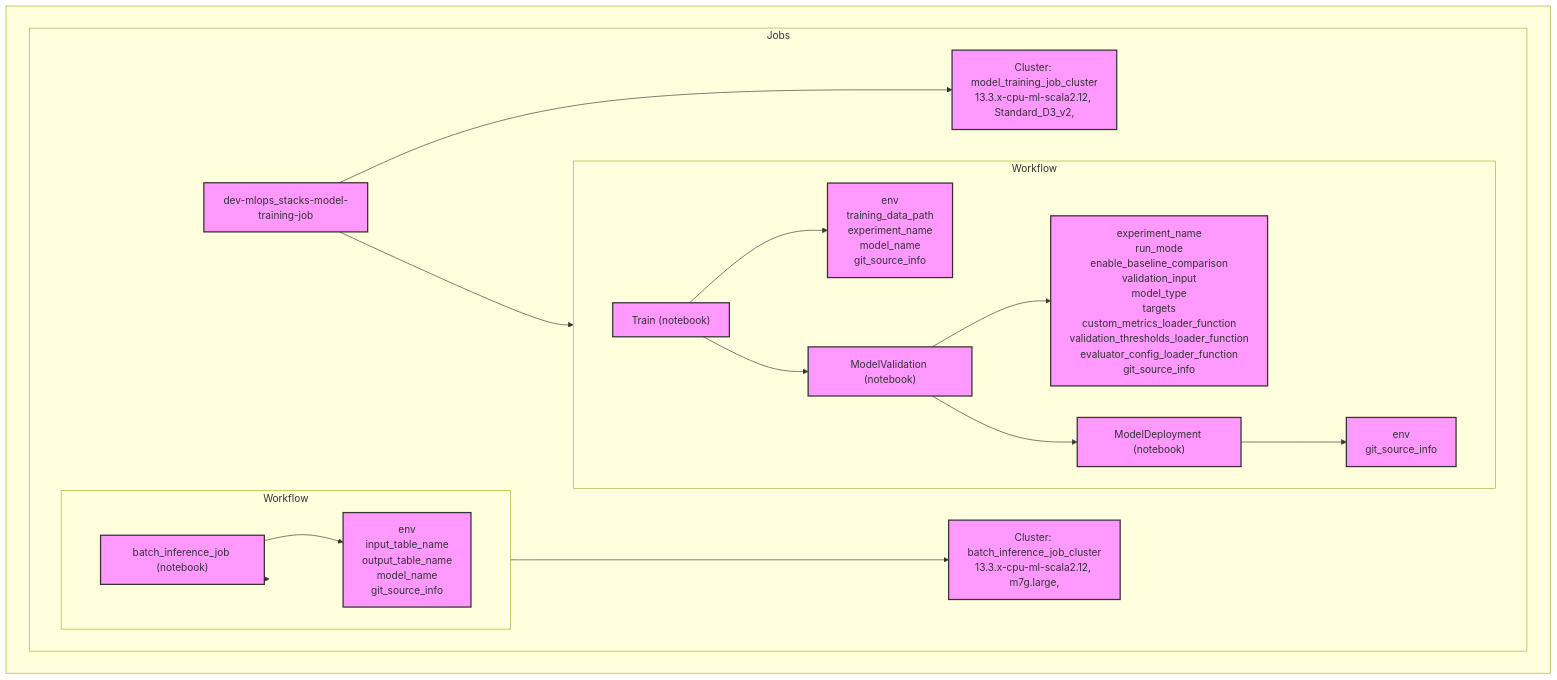
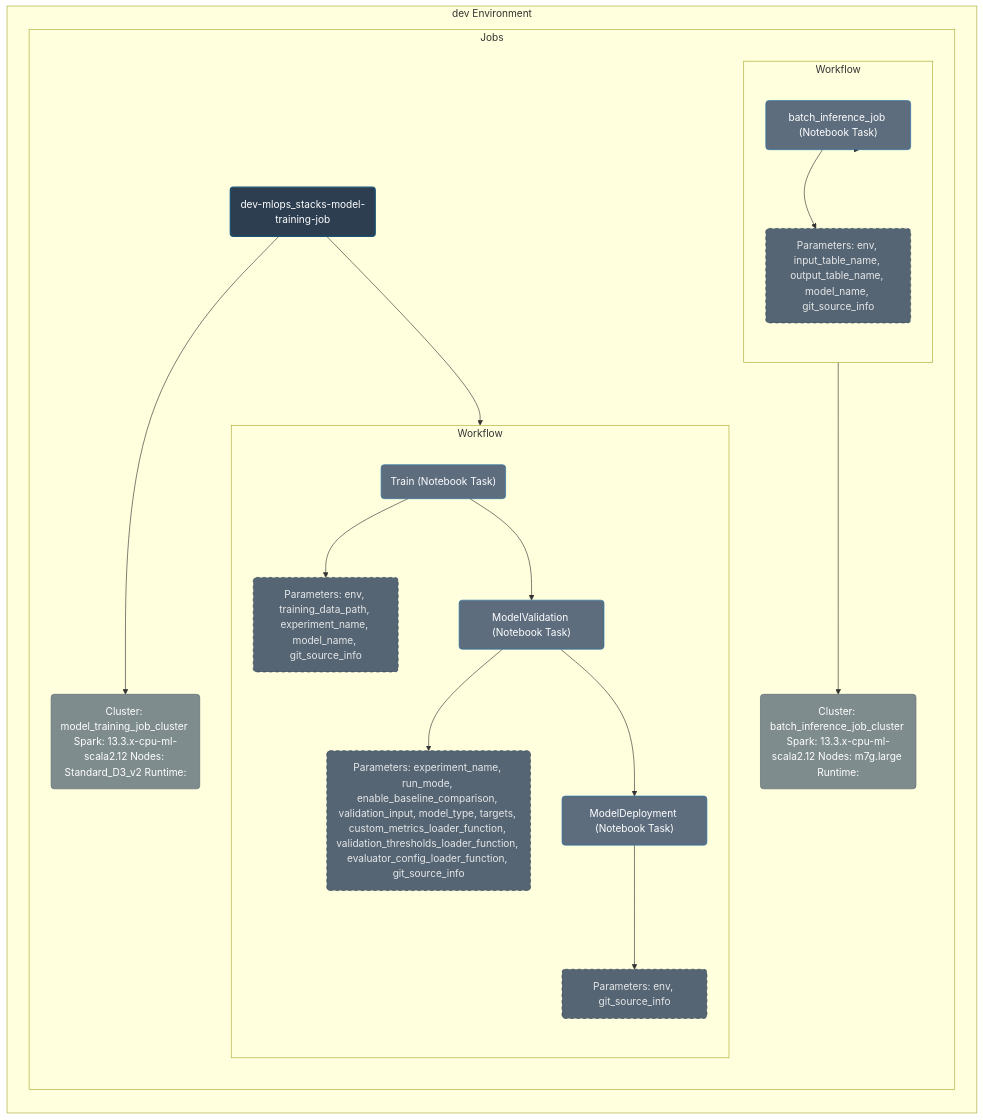
One commit to ngs90/convergeai-dabs-visualizer changed the diagram in README.md. Above: the diagram before and after it, drawn with Mermaid. The commit also changed 6 other files, not shown here.

Commit message:
Update Mermaid graph

````diff
--- a/README.md
+++ b/README.md
@@ -26,44 +26,49 @@
 ```mermaid 
 ---
 title mlops_stacks (dev mode development)
 host https://adb-xxxx.xx.azuredatabricks.net
 ---
 flowchart LR
-    classDef default fill:#f9f,stroke:#333,stroke-width:2px;
+    %% Custom style definitions
+    classDef jobNode fill:#2C3E50,color:#FFFFFF,stroke:#1A5276,stroke-width:2px;
+    classDef workflowNode fill:#34495E,color:#ECF0F1,stroke:#2980B9,stroke-width:1px;
+    classDef taskNode fill:#5D6D7E,color:#FFFFFF,stroke:#2874A6,stroke-width:1px;
+    classDef clusterNode fill:#7F8C8D,color:#FFFFFF,stroke:#566573,stroke-width:1px;
+    classDef paramNode fill:#566573,color:#E5E7E9,stroke:#2C3E50,stroke-dasharray:5;
 
-    subgraph dev[" "]
-    direction LR
+    subgraph dev[" dev Environment "]
+    direction TB
 
     subgraph Jobs
-    direction LR
-    batch_inference_job["dev-mlops_stacks-batch-inference-job\n\nnotify on_failure: first@company.com, second@company.com"]
+    direction TB
+    batch_inference_job("dev-mlops_stacks-batch-inference-job  Notify on_failure: first@company.com, second@company.com"):::jobNode
     subgraph Workflow_batch_inference_job[Workflow]
-    direction LR
-    batch_inference_job["batch_inference_job (notebook)"]
-    batch_inference_job_params["env\ninput_table_name\noutput_table_name\nmodel_name\ngit_source_info"]
+    direction TB
+    batch_inference_job("batch_inference_job (Notebook Task)"):::taskNode
+    batch_inference_job_params("Parameters: env, input_table_name, output_table_name, model_name, git_source_info"):::paramNode
     batch_inference_job --> batch_inference_job_params
     end
-    cluster_batch_inference_job["Cluster: batch_inference_job_cluster\n13.3.x-cpu-ml-scala2.12, m7g.large, "]
+    cluster_batch_inference_job("Cluster: batch_inference_job_cluster Spark: 13.3.x-cpu-ml-scala2.12 Nodes: m7g.large Runtime: "):::clusterNode
     batch_inference_job --> cluster_batch_inference_job
     batch_inference_job --> Workflow_batch_inference_job
-    model_training_job["dev-mlops_stacks-model-training-job\n"]
+    model_training_job("dev-mlops_stacks-model-training-job "):::jobNode
     subgraph Workflow_model_training_job[Workflow]
-    direction LR
-    Train["Train (notebook)"]
-    Train_params["env\ntraining_data_path\nexperiment_name\nmodel_name\ngit_source_info"]
+    direction TB
+    Train("Train (Notebook Task)"):::taskNode
+    Train_params("Parameters: env, training_data_path, experiment_name, model_name, git_source_info"):::paramNode
     Train --> Train_params
-    ModelValidation["ModelValidation (notebook)"]
-    ModelValidation_params["experiment_name\nrun_mode\nenable_baseline_comparison\nvalidation_input\nmodel_type\ntargets\ncustom_metrics_loader_function\nvalidation_thresholds_loader_function\nevaluator_config_loader_function\ngit_source_info"]
+    ModelValidation("ModelValidation (Notebook Task)"):::taskNode
+    ModelValidation_params("Parameters: experiment_name, run_mode, enable_baseline_comparison, validation_input, model_type, targets, custom_metrics_loader_function, validation_thresholds_loader_function, evaluator_config_loader_function, git_source_info"):::paramNode
     ModelValidation --> ModelValidation_params
-    ModelDeployment["ModelDeployment (notebook)"]
-    ModelDeployment_params["env\ngit_source_info"]
+    ModelDeployment("ModelDeployment (Notebook Task)"):::taskNode
+    ModelDeployment_params("Parameters: env, git_source_info"):::paramNode
     ModelDeployment --> ModelDeployment_params
     Train --> ModelValidation
     ModelValidation --> ModelDeployment
     end
-    cluster_model_training_job["Cluster: model_training_job_cluster\n13.3.x-cpu-ml-scala2.12, Standard_D3_v2, "]
+    cluster_model_training_job("Cluster: model_training_job_cluster Spark: 13.3.x-cpu-ml-scala2.12 Nodes: Standard_D3_v2 Runtime: "):::clusterNode
     model_training_job --> cluster_model_training_job
     model_training_job --> Workflow_model_training_job
     end
     end
 ```
````
